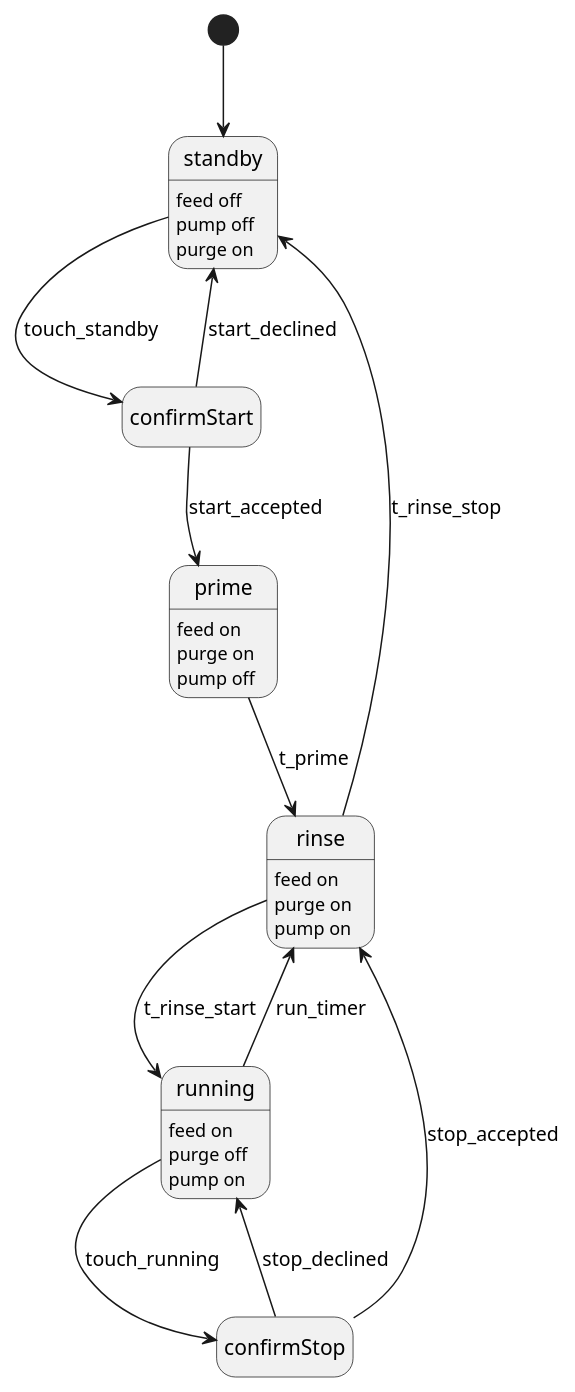
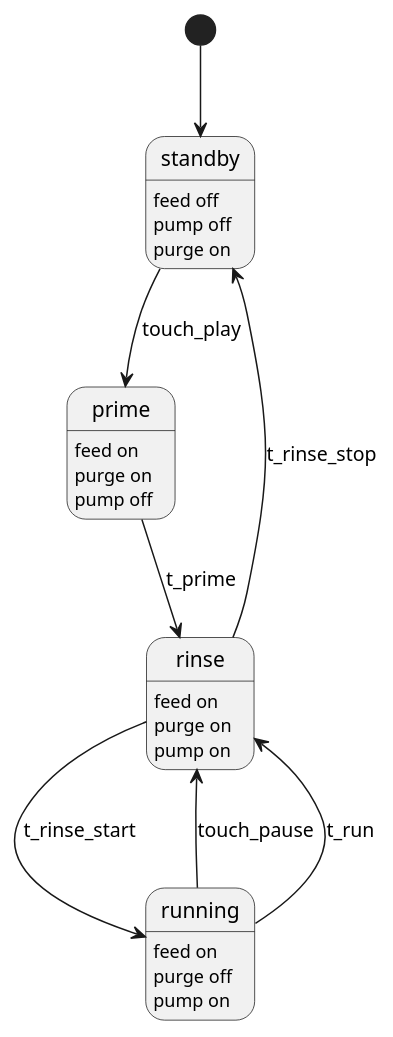
Before and after one commit to rlhatcher/aquarium: the diagram in water/water_state.puml, drawn with PlantUML. The commit also changed 2 other files, not shown here.

```diff
--- a/water/water_state.puml
+++ b/water/water_state.puml
@@ -1,40 +1,36 @@
 @startuml water_state
 hide empty description
 
 state standby {
   standby: feed off
   standby: pump off
   standby: purge on
 }
 
 state running {
   running : feed on
   running : purge off
   running : pump on
 }
 
 state prime {
   prime : feed on
   prime : purge on
   prime : pump off
 }
 
 state rinse {
   rinse : feed on
   rinse : purge on 
   rinse : pump on
 }
 
 [*] --> standby
-standby --> confirmStart : touch_standby
-confirmStart --> standby : start_declined
-confirmStart --> prime : start_accepted
+standby --> prime : touch_play
 prime --> rinse : t_prime
 rinse --> running : t_rinse_start
-running --> confirmStop : touch_running
-confirmStop --> running : stop_declined
-confirmStop --> rinse : stop_accepted
+running --> rinse : touch_pause
 rinse --> standby : t_rinse_stop
-running --> rinse : run_timer
+running --> rinse : t_run
 
 @enduml
```
